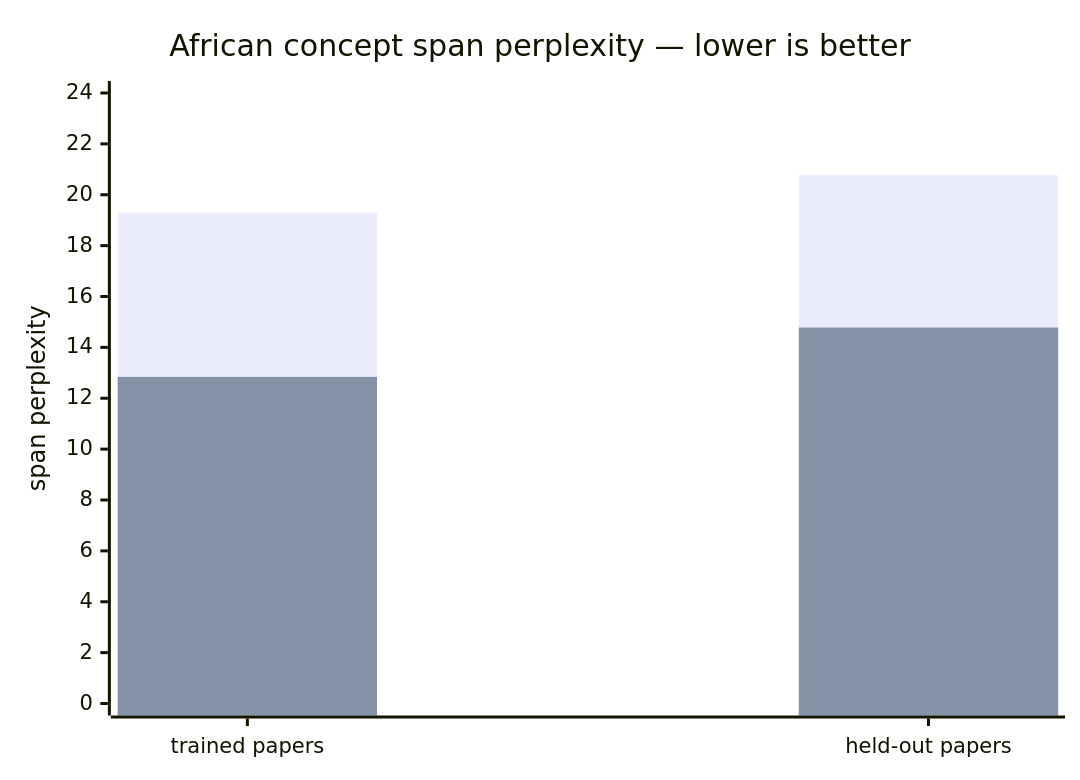
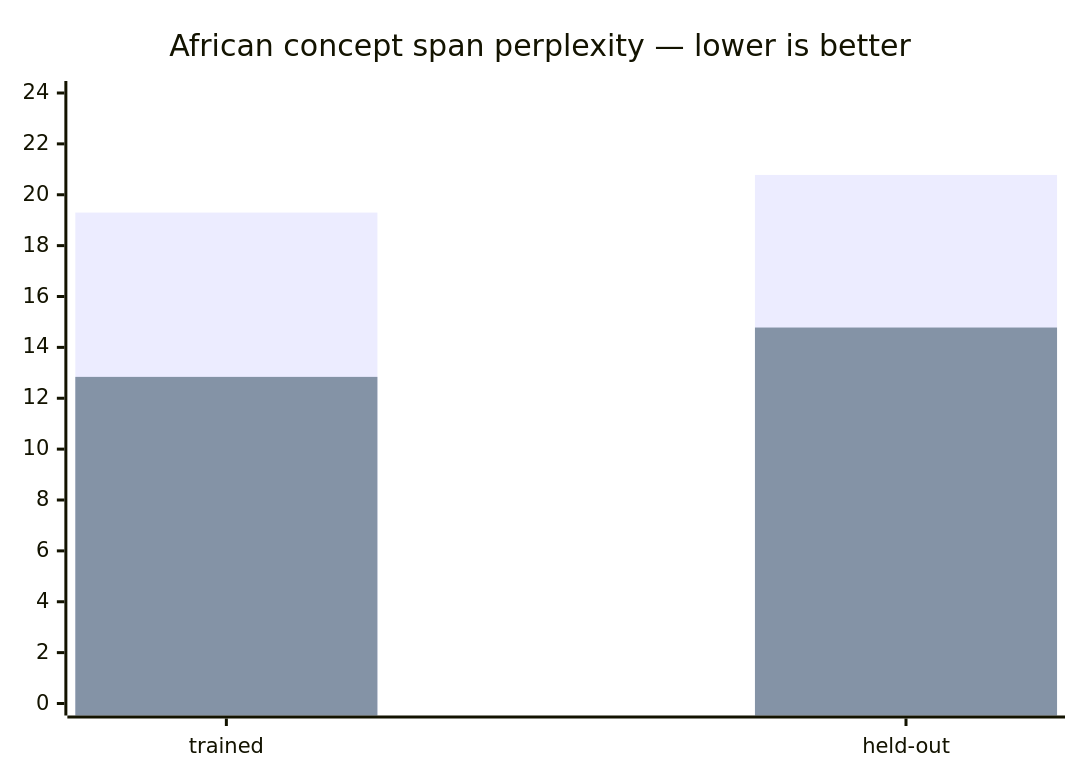
Diagram 12 of 19 in README.md (Otto-Destiny/mufasa), drawn with Mermaid before and after one commit. The commit also changed other lines of this file, not shown here.

First line of the commit message:
docs: fix unreadable diagram node and clipped chart axes

````diff
--- a/README.md
+++ b/README.md
@@ -426,8 +426,8 @@
 ```mermaid
 xychart-beta
     title "African concept span perplexity — lower is better"
-    x-axis ["trained papers", "held-out papers"]
-    y-axis "span perplexity" 0 --> 24
+    x-axis [trained, held-out]
+    y-axis 0 --> 24
     bar [19.30, 20.78]
     bar [12.84, 14.78]
 ```
````
